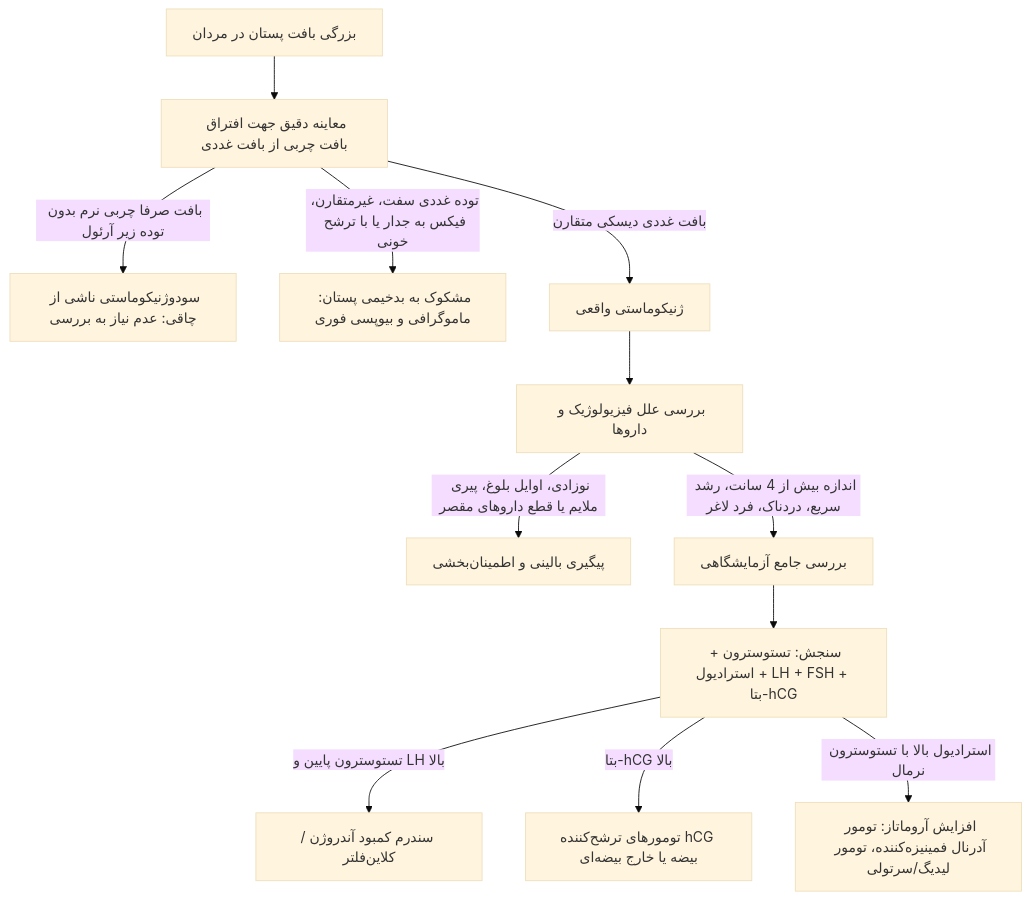
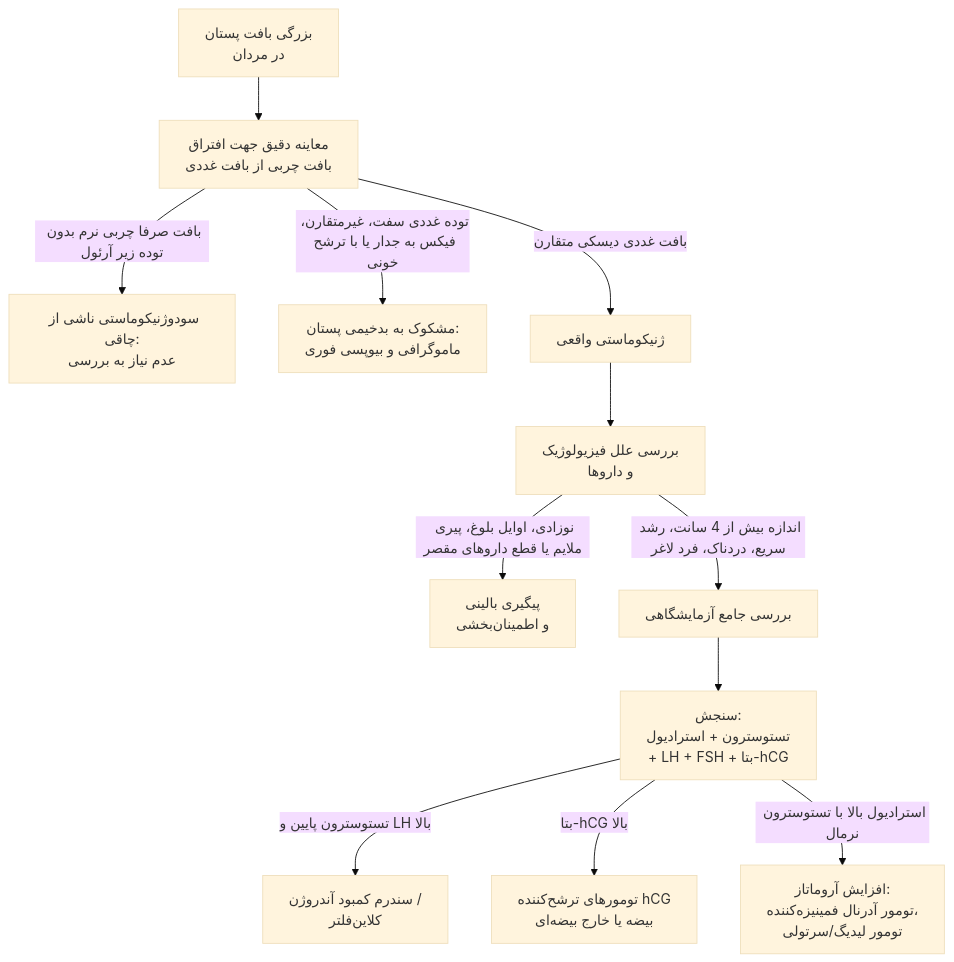
The sixth of 6 diagrams in 07/مبانی غدد/هیپوگنادیسم مردان.md (neopulse-hub/TUMS-1402-1-neo), drawn with Mermaid (base theme) before and after one commit. The commit also changed other lines of this file, not shown here.

Commit message:
Update هیپوگنادیسم مردان.md

````diff
--- a/07/مبانی غدد/هیپوگنادیسم مردان.md
+++ b/07/مبانی غدد/هیپوگنادیسم مردان.md
@@ -241,16 +245,19 @@
 ```mermaid
 flowchart TD
-    Mass[بزرگی بافت پستان در مردان] --> Palp[معاینه دقیق جهت افتراق بافت چربی از بافت غددی]
-    Palp -->|بافت صرفا چربی نرم بدون توده زیر آرئول| Pseudo[سودوژنیکوماستی ناشی از چاقی: عدم نیاز به بررسی]
-    Palp -->|توده غددی سفت، غیرمتقارن، فیکس به جدار یا با ترشح خونی| SuspMalignancy[مشکوک به بدخیمی پستان: ماموگرافی و بیوپسی فوری]
-    Palp -->|بافت غددی دیسکی متقارن| Gyn[ژنیکوماستی واقعی]
-    
-    Gyn --> R_Physio[بررسی علل فیزیولوژیک و داروها]
-    R_Physio -->|نوزادی، اوایل بلوغ، پیری ملایم یا قطع داروهای مقصر| Monitor[پیگیری بالینی و اطمینان‌بخشی]
-    R_Physio -->|اندازه بیش از 4 سانت، رشد سریع، دردناک، فرد لاغر| FullWorkup[بررسی جامع آزمایشگاهی]
-    
-    FullWorkup --> Labs[سنجش: تستوسترون + استرادیول + LH + FSH + بتا-hCG]
-    Labs -->|تستوسترون پایین و LH بالا| Hypogon[سندرم کمبود آندروژن / کلاین‌فلتر]
-    Labs -->|بتا-hCG بالا| HCGTumor[تومورهای ترشح‌کننده hCG بیضه یا خارج بیضه‌ای]
-    Labs -->|استرادیول بالا با تستوسترون نرمال| AromataseTumor[افزایش آروماتاز: تومور آدرنال فمینیزه‌کننده، تومور لیدیگ/سرتولی]
+
+Mass[بزرگی بافت پستان<br>در مردان] --> Palp[معاینه دقیق جهت افتراق<br>بافت چربی از بافت غددی]
+
+Palp -->|بافت صرفا چربی نرم بدون توده زیر آرئول| Pseudo[سودوژنیکوماستی ناشی از چاقی:<br>عدم نیاز به بررسی]
+
+Palp -->|توده غددی سفت، غیرمتقارن، فیکس به جدار یا با ترشح خونی| SuspMalignancy[مشکوک به بدخیمی پستان:<br>ماموگرافی و بیوپسی فوری]
+
+Palp -->|بافت غددی دیسکی متقارن| Gyn[ژنیکوماستی واقعی]
+Gyn --> R_Physio[بررسی علل فیزیولوژیک<br>و داروها]
+R_Physio -->|نوزادی، اوایل بلوغ، پیری ملایم یا قطع داروهای مقصر| Monitor[پیگیری بالینی<br>و اطمینان‌بخشی]
+R_Physio -->|اندازه بیش از 4 سانت، رشد سریع، دردناک، فرد لاغر| FullWorkup[بررسی جامع آزمایشگاهی]
+
+FullWorkup --> Labs[سنجش:<br>تستوسترون + استرادیول<br>+ LH + FSH + بتا-hCG]
+Labs -->|تستوسترون پایین و LH بالا| Hypogon[سندرم کمبود آندروژن /<br>کلاین‌فلتر]
+Labs -->|بتا-hCG بالا| HCGTumor[تومورهای ترشح‌کننده hCG<br>بیضه یا خارج بیضه‌ای]
+Labs -->|استرادیول بالا با تستوسترون نرمال| AromataseTumor[افزایش آروماتاز:<br>تومور آدرنال فمینیزه‌کننده،<br>تومور لیدیگ/سرتولی]
 ```
````
